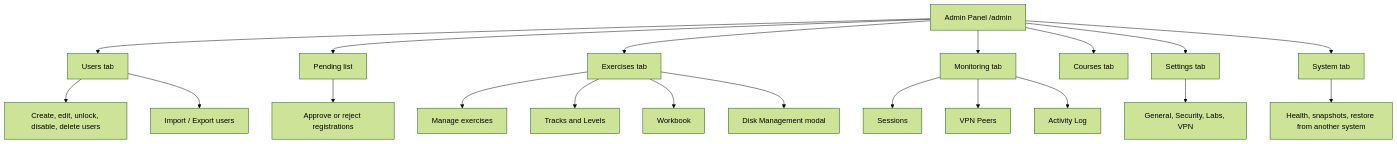
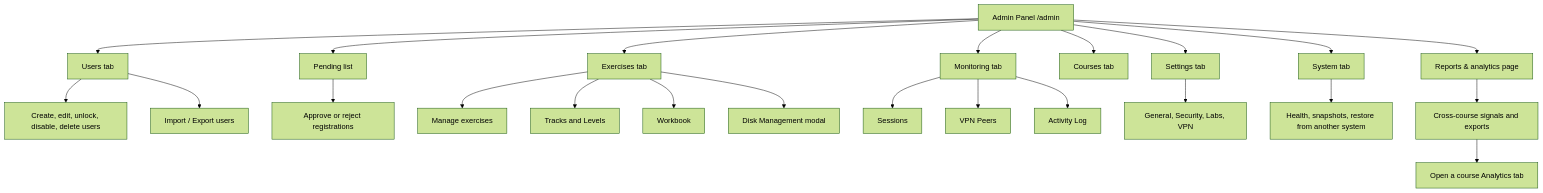
The diagram in Manual-Lite/04_Admin_Guide/01_Admin_Panel_Overview.md (RobChaykoski/opencyberrange), drawn with Mermaid (forest theme) before and after one commit. The commit also changed other lines of this file and 56 other files, not shown here.

````diff
--- a/Manual-Lite/04_Admin_Guide/01_Admin_Panel_Overview.md
+++ b/Manual-Lite/04_Admin_Guide/01_Admin_Panel_Overview.md
@@ -43,23 +45,26 @@
 ```mermaid
 flowchart TD
   A[Admin Panel /admin] --> U[Users tab]
   A --> P[Pending list]
   A --> E[Exercises tab]
   A --> M[Monitoring tab]
   A --> C[Courses tab]
   A --> SET[Settings tab]
   A --> SYS[System tab]
+  A --> R[Reports & analytics page]
 
   U --> U1[Create, edit, unlock, disable, delete users]
   U --> U2[Import / Export users]
   P --> P1[Approve or reject registrations]
   E --> E1[Manage exercises]
   E --> E2[Tracks and Levels]
   E --> E3[Workbook]
   E --> E4[Disk Management modal]
   M --> M1[Sessions]
   M --> M2[VPN Peers]
   M --> M3[Activity Log]
   SET --> S1[General, Security, Labs, VPN]
   SYS --> SY1[Health, snapshots, restore from another system]
+  R --> R1[Cross-course signals and exports]
+  R1 --> R2[Open a course Analytics tab]
 ```
````
